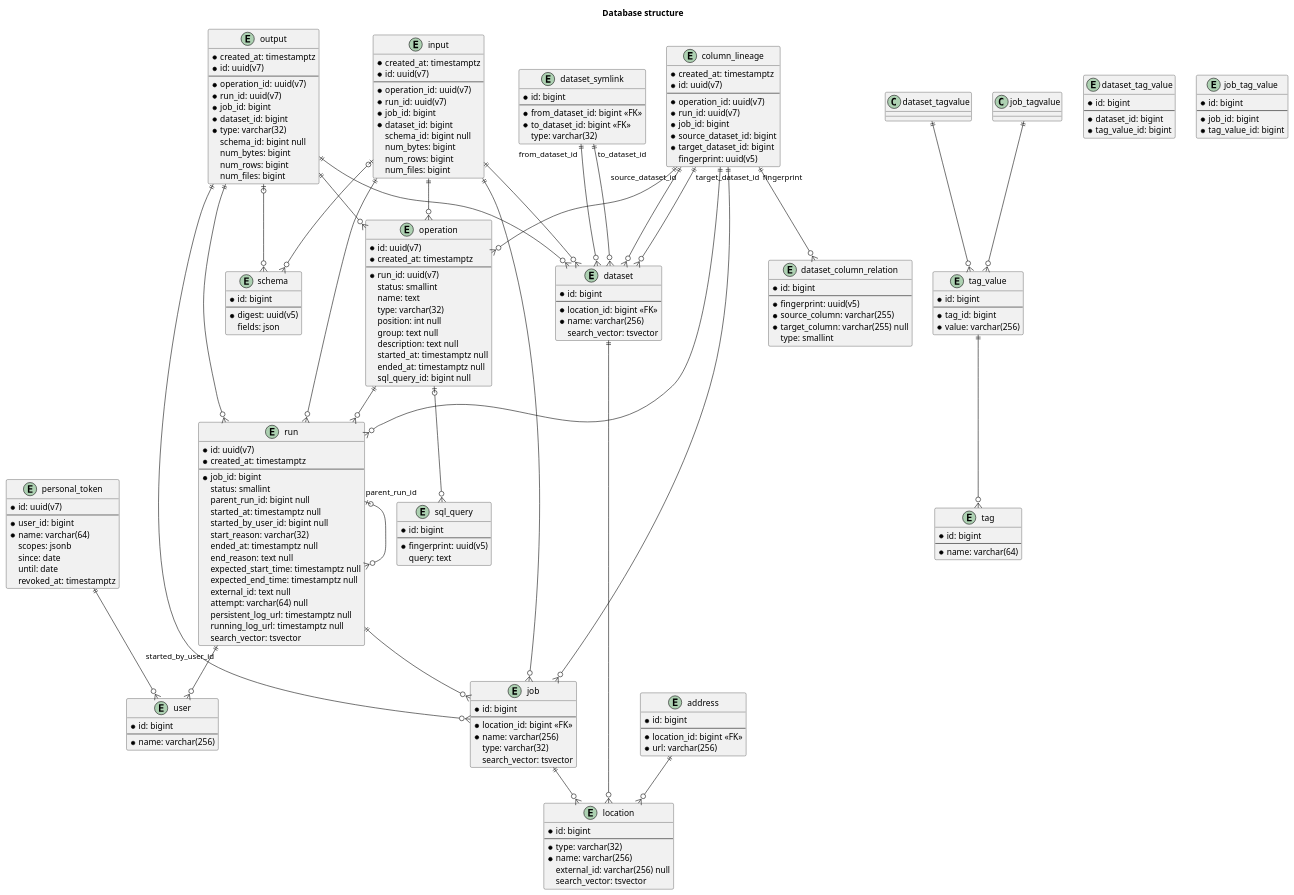
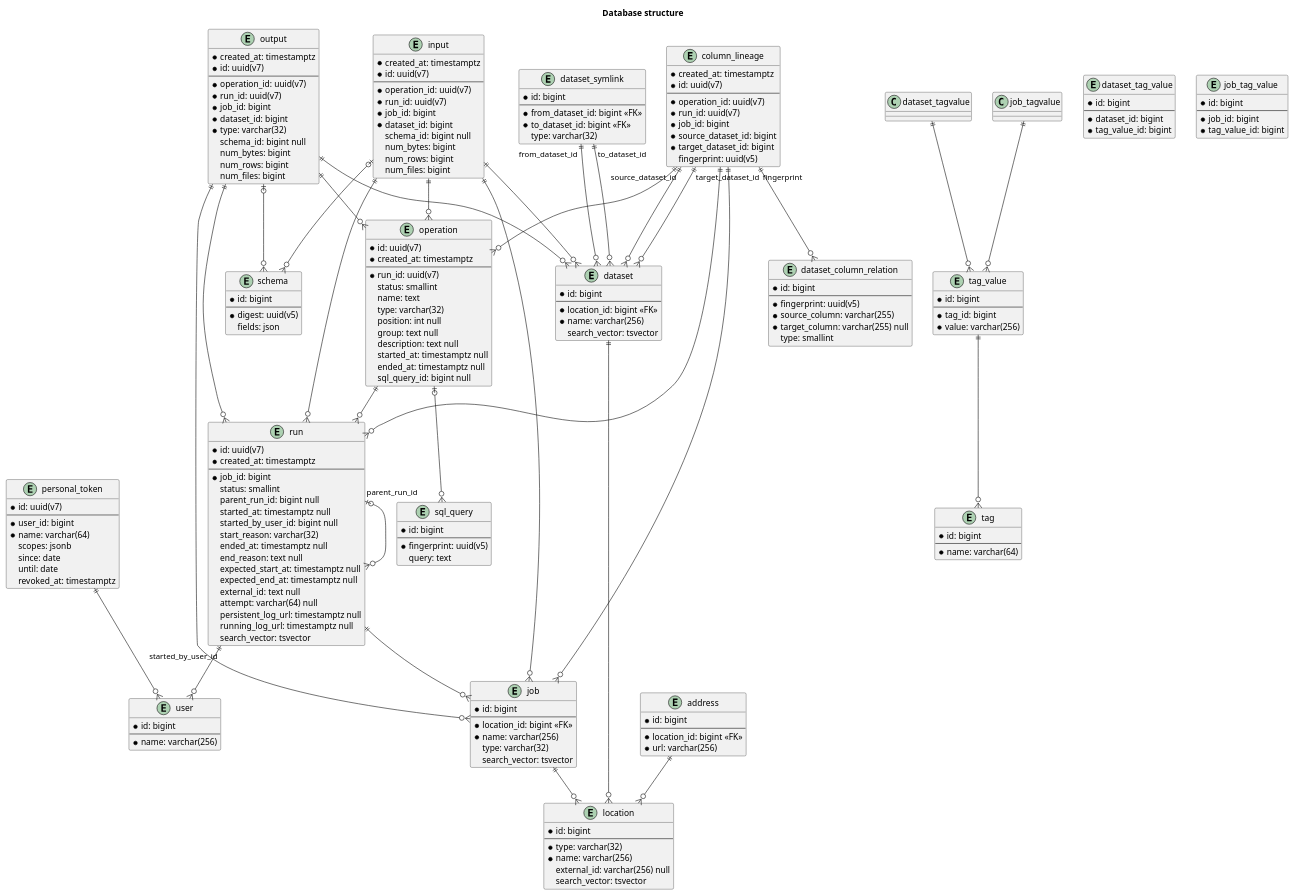
Before and after one commit to MobileTeleSystems/data-rentgen: the diagram in docs/reference/database/structure.rst, drawn with PlantUML. The commit also changed 12 other files, not shown here.

Commit message:
[DOP-31810] Rename run.expected_%_time fields to expected_%_at

```diff
--- a/docs/reference/database/structure.rst
+++ b/docs/reference/database/structure.rst
@@ -69,8 +69,8 @@
         start_reason: varchar(32)
         ended_at: timestamptz null
         end_reason: text null
-        expected_start_time: timestamptz null
-        expected_end_time: timestamptz null
+        expected_start_at: timestamptz null
+        expected_end_at: timestamptz null
         external_id: text null
         attempt: varchar(64) null
         persistent_log_url: timestamptz null
```
